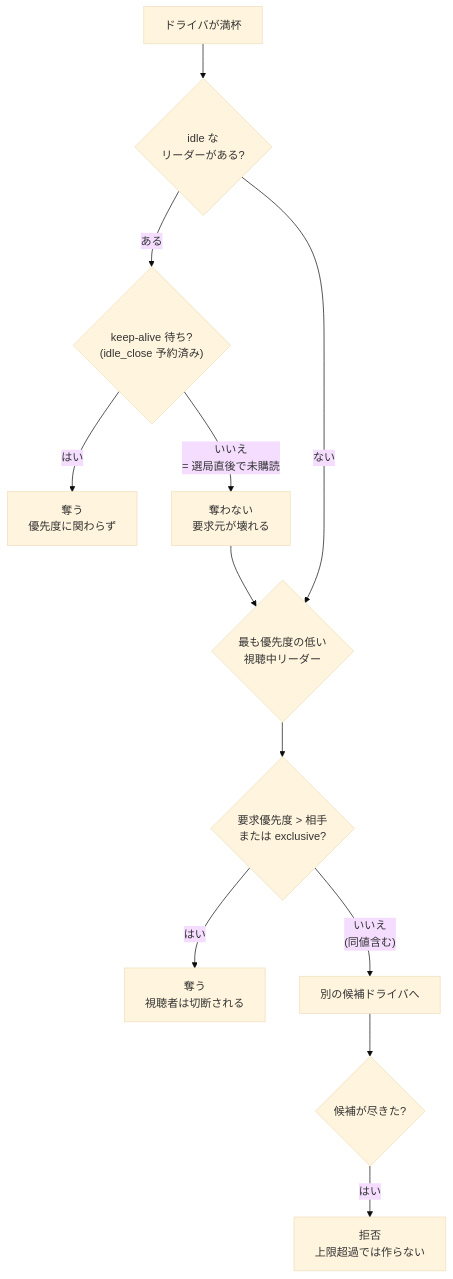
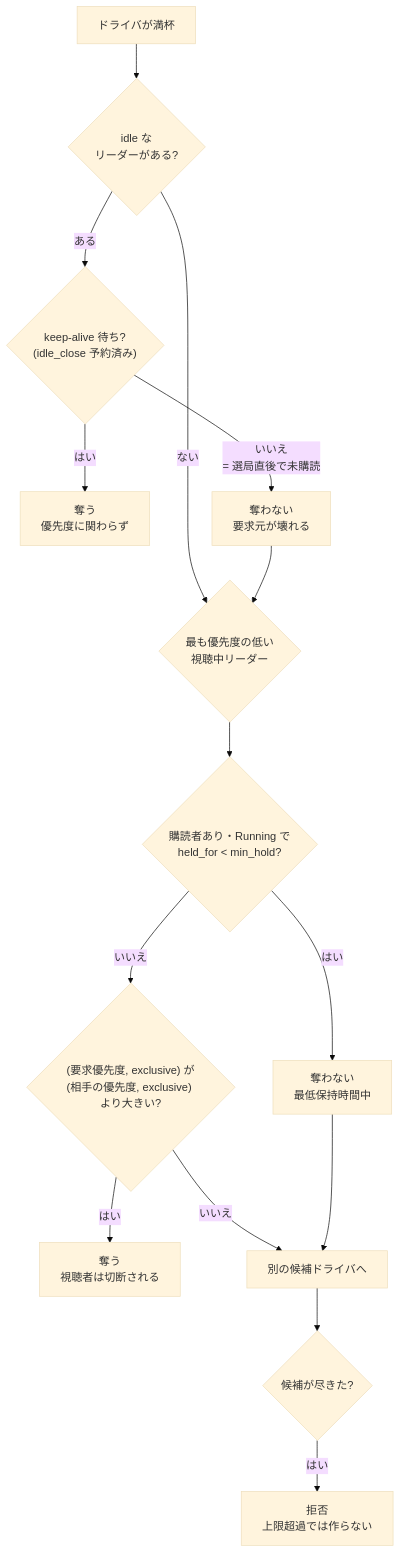
One commit to stuayu/recisdb-proxy-rs changed the fifth of 7 diagrams in docs/DESIGN.md. Above: the diagram before and after it, drawn with Mermaid (base theme). The commit also changed other lines of this file and 16 other files, not shown here.

````diff
--- a/docs/DESIGN.md
+++ b/docs/DESIGN.md
@@ -359,14 +373,17 @@
 ```mermaid
 flowchart TD
     F["ドライバが満杯"] --> I{"idle な<br/>リーダーがある?"}
     I -->|"ある"| IK{"keep-alive 待ち?<br/>(idle_close 予約済み)"}
     IK -->|"はい"| TAKE["奪う<br/>優先度に関わらず"]
     IK -->|"いいえ<br/>= 選局直後で未購読"| PROTECT["奪わない<br/>要求元が壊れる"]
     I -->|"ない"| L{"最も優先度の低い<br/>視聴中リーダー"}
     PROTECT --> L
-    L --> C{"要求優先度 > 相手<br/>または exclusive?"}
+    L --> MH{"購読者あり・Running で<br/>held_for < min_hold?"}
+    MH -->|"はい"| PROTECT2["奪わない<br/>最低保持時間中"]
+    MH -->|"いいえ"| C{"(要求優先度, exclusive) が<br/>(相手の優先度, exclusive) より大きい?"}
     C -->|"はい"| TAKE2["奪う<br/>視聴者は切断される"]
-    C -->|"いいえ<br/>(同値含む)"| NEXT["別の候補ドライバへ"]
+    C -->|"いいえ"| NEXT["別の候補ドライバへ"]
+    PROTECT2 --> NEXT
     NEXT --> NONE{"候補が尽きた?"}
     NONE -->|"はい"| REJECT["拒否<br/>上限超過では作らない"]
 ```
````
